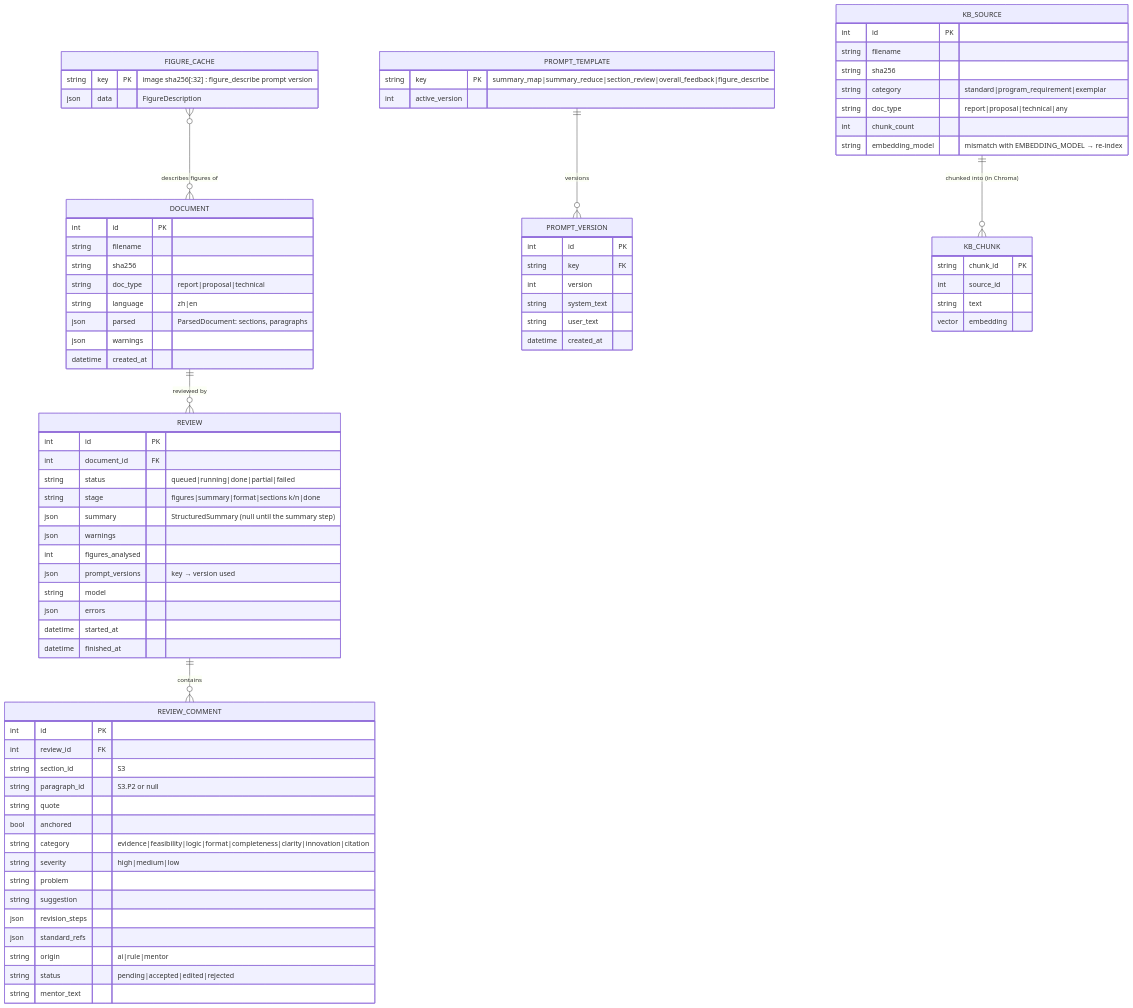
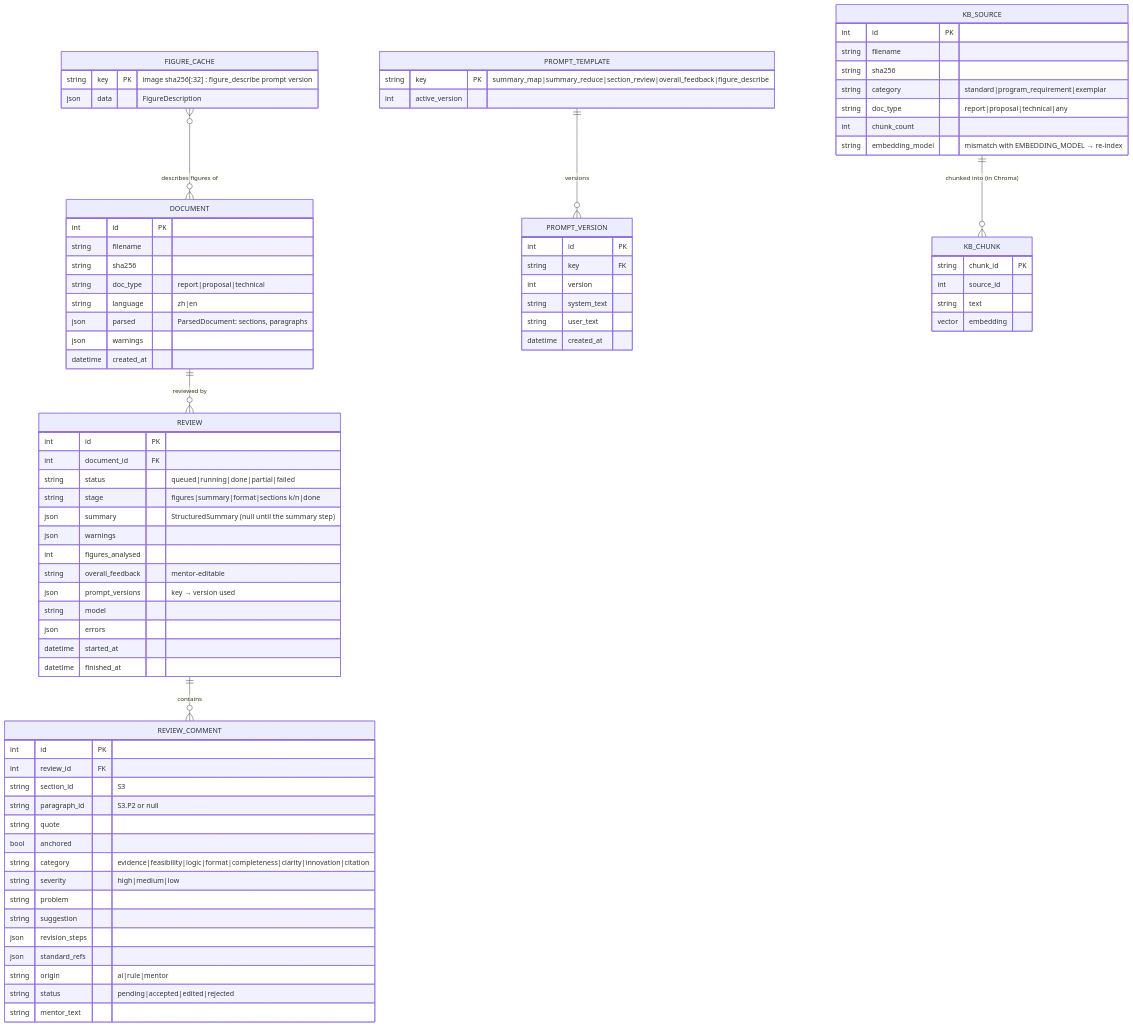
Before and after one commit to hamza-prof/industry-mentor-llm-agent: the seventh of 9 diagrams in architecture.md, drawn with Mermaid. The commit also changed other lines of this file and 10 other files, not shown here.

First line of the commit message:
Mentor workflow and feedback export

````diff
--- a/architecture.md
+++ b/architecture.md
@@ -209,81 +209,82 @@
 ```mermaid
 erDiagram
     DOCUMENT ||--o{ REVIEW : "reviewed by"
     REVIEW ||--o{ REVIEW_COMMENT : contains
     FIGURE_CACHE }o--o{ DOCUMENT : "describes figures of"
     PROMPT_TEMPLATE ||--o{ PROMPT_VERSION : versions
     KB_SOURCE ||--o{ KB_CHUNK : "chunked into (in Chroma)"
 
     DOCUMENT {
         int id PK
         string filename
         string sha256
         string doc_type "report|proposal|technical"
         string language "zh|en"
         json parsed "ParsedDocument: sections, paragraphs"
         json warnings
         datetime created_at
     }
     REVIEW {
         int id PK
         int document_id FK
         string status "queued|running|done|partial|failed"
         string stage "figures|summary|format|sections k/n|done"
         json summary "StructuredSummary (null until the summary step)"
         json warnings
         int figures_analysed
+        string overall_feedback "mentor-editable"
         json prompt_versions "key → version used"
         string model
         json errors
         datetime started_at
         datetime finished_at
     }
     FIGURE_CACHE {
         string key PK "image sha256[:32] : figure_describe prompt version"
         json data "FigureDescription"
     }
     REVIEW_COMMENT {
         int id PK
         int review_id FK
         string section_id "S3"
         string paragraph_id "S3.P2 or null"
         string quote
         bool anchored
         string category "evidence|feasibility|logic|format|completeness|clarity|innovation|citation"
         string severity "high|medium|low"
         string problem
         string suggestion
         json revision_steps
         json standard_refs
         string origin "ai|rule|mentor"
         string status "pending|accepted|edited|rejected"
         string mentor_text
     }
     PROMPT_TEMPLATE {
         string key PK "summary_map|summary_reduce|section_review|overall_feedback|figure_describe"
         int active_version
     }
     PROMPT_VERSION {
         int id PK
         string key FK
         int version
         string system_text
         string user_text
         datetime created_at
     }
     KB_SOURCE {
         int id PK
         string filename
         string sha256
         string category "standard|program_requirement|exemplar"
         string doc_type "report|proposal|technical|any"
         int chunk_count
         string embedding_model "mismatch with EMBEDDING_MODEL → re-index"
     }
     KB_CHUNK {
         string chunk_id PK
         int source_id
         string text
         vector embedding
     }
 ```
````
